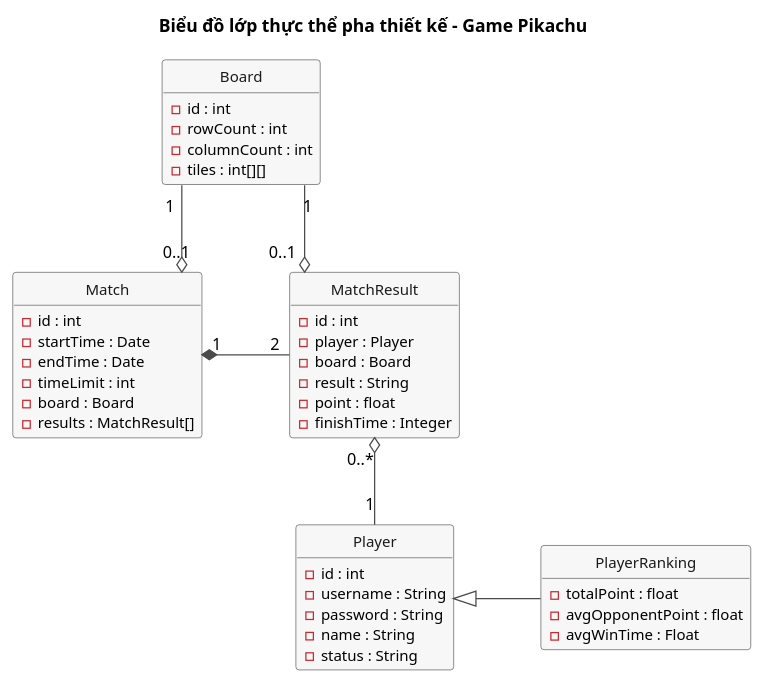
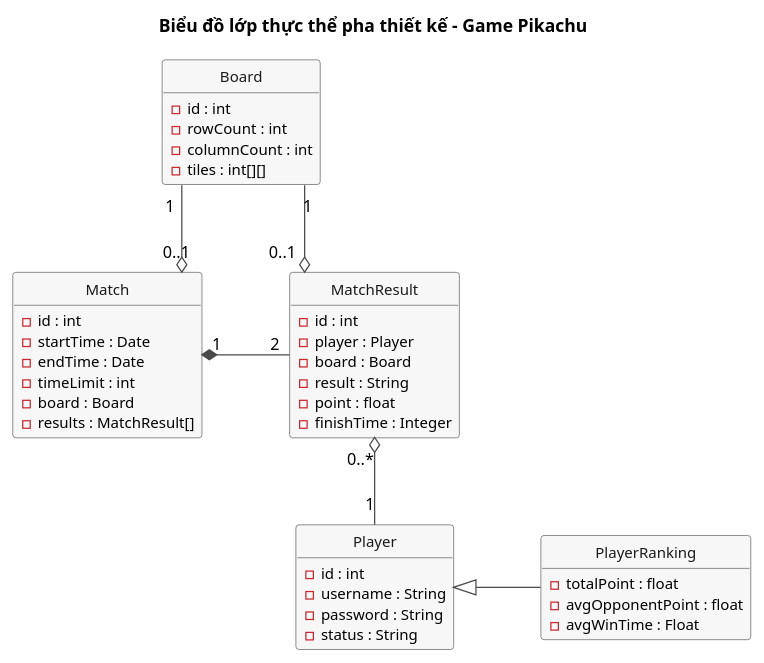
Before and after one commit to VattenL/mobile-pikachu: the diagram in docs/uml/pha3/class-design-entity.puml, drawn with PlantUML. The commit also changed 56 other files, not shown here.

```diff
--- a/docs/uml/pha3/class-design-entity.puml
+++ b/docs/uml/pha3/class-design-entity.puml
@@ -1,63 +1,62 @@
 @startuml class-design-entity
 title Biểu đồ lớp thực thể pha thiết kế - Game Pikachu
 
 hide circle
 hide methods
 skinparam shadowing false
 skinparam linetype ortho
 skinparam nodesep 70
 skinparam ranksep 70
 skinparam classFontSize 14
 skinparam classAttributeFontSize 12
 skinparam class {
   BackgroundColor #F7F7F7
   BorderColor #4A4A4A
   ArrowColor #4A4A4A
   FontColor #1A1A1A
 }
 
 class Player {
   - id : int
   - username : String
   - password : String
-  - name : String
   - status : String
 }
 
 class PlayerRanking {
   - totalPoint : float
   - avgOpponentPoint : float
   - avgWinTime : Float
 }
 
 class Match {
   - id : int
   - startTime : Date
   - endTime : Date
   - timeLimit : int
   - board : Board
   - results : MatchResult[]
 }
 
 class MatchResult {
   - id : int
   - player : Player
   - board : Board
   - result : String
   - point : float
   - finishTime : Integer
 }
 
 class Board {
   - id : int
   - rowCount : int
   - columnCount : int
   - tiles : int[][]
 }
 
 Board "1" -down-o "0..1" Match
 Board "1" -right-o "0..1" MatchResult
 Match "1" *-right- "2" MatchResult
 Player "1" -up-o "0..*" MatchResult
 PlayerRanking -left-|> Player
 @enduml
```
